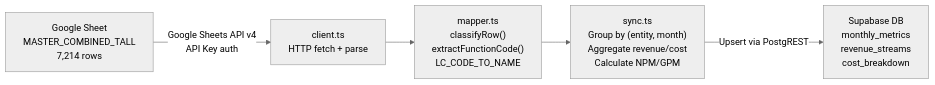
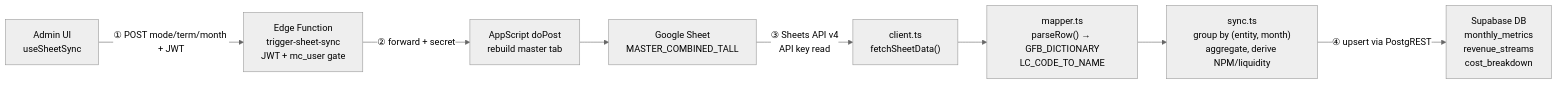
The fourth of 5 diagrams in SYSTEM_REPORT.md (SashenM001/asl-finance-hub), drawn with Mermaid (neutral theme) before and after one commit. The commit also changed other lines of this file and 4 other files, not shown here.

First line of the commit message:
docs: document and reconcile the two-step Google Sheets sync pipeline

````diff
--- a/SYSTEM_REPORT.md
+++ b/SYSTEM_REPORT.md
@@ -275,7 +305,10 @@
 ```mermaid
 flowchart LR
-    A["Google Sheet<br/>MASTER_COMBINED_TALL<br/>7,214 rows"] -->|Google Sheets API v4<br/>API Key auth| B["client.ts<br/>HTTP fetch + parse"]
-    B --> C["mapper.ts<br/>classifyRow()<br/>extractFunctionCode()<br/>LC_CODE_TO_NAME"]
-    C --> D["sync.ts<br/>Group by (entity, month)<br/>Aggregate revenue/cost<br/>Calculate NPM/GPM"]
-    D -->|Upsert via PostgREST| E["Supabase DB<br/>monthly_metrics<br/>revenue_streams<br/>cost_breakdown"]
+    U["Admin UI<br/>useSheetSync"] -->|① POST mode/term/month + JWT| EF["Edge Function<br/>trigger-sheet-sync<br/>JWT + mc_user gate"]
+    EF -->|② forward + secret| AS["AppScript doPost<br/>rebuild master tab"]
+    AS --> GS["Google Sheet<br/>MASTER_COMBINED_TALL"]
+    GS -->|③ Sheets API v4<br/>API key read| B["client.ts<br/>fetchSheetData()"]
+    B --> C["mapper.ts<br/>parseRow() → GFB_DICTIONARY<br/>LC_CODE_TO_NAME"]
+    C --> D["sync.ts<br/>group by (entity, month)<br/>aggregate, derive NPM/liquidity"]
+    D -->|④ upsert via PostgREST| E["Supabase DB<br/>monthly_metrics<br/>revenue_streams<br/>cost_breakdown"]
 ```
````
